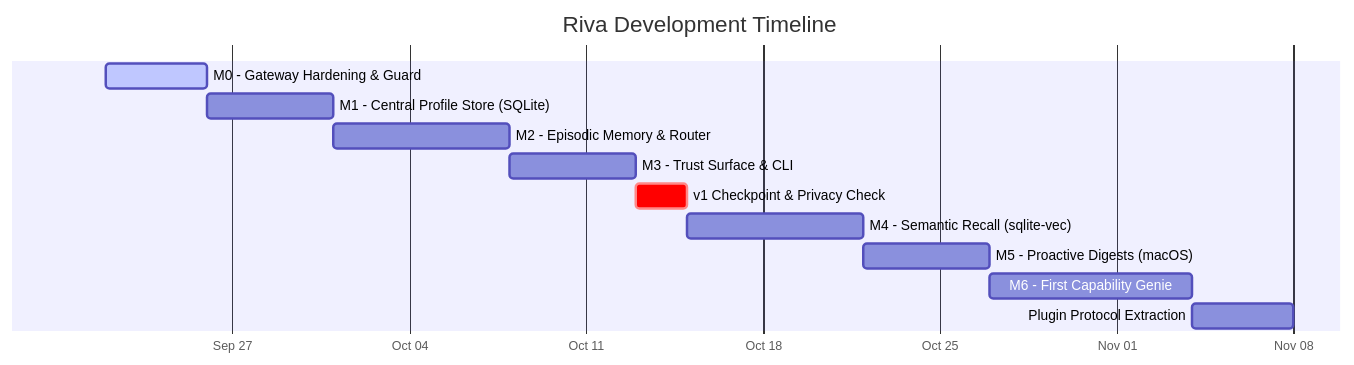
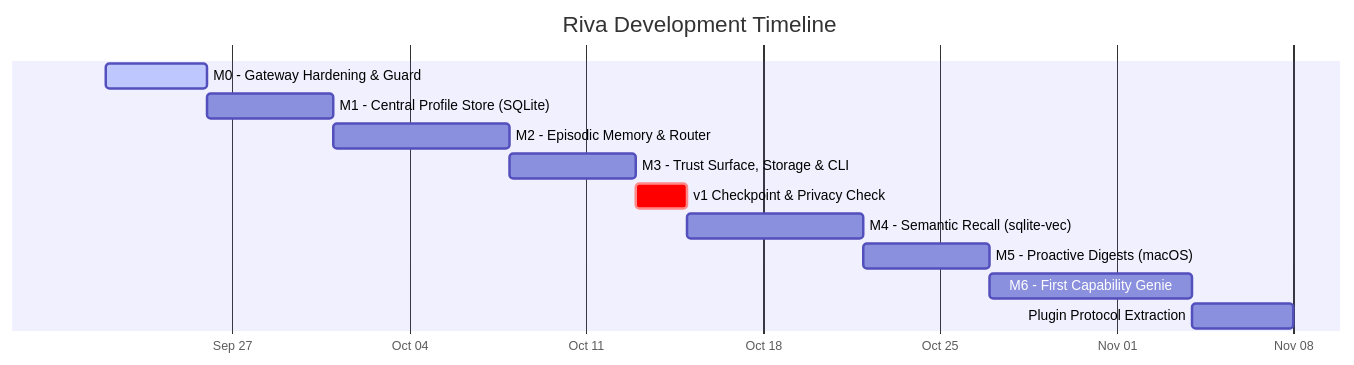
Before and after one commit to anirban-1009/riva: the diagram in docs/development-timeline.md, drawn with Mermaid. The commit also changed other lines of this file and 4 other files, not shown here.

Commit message:
docs: add documentation for laya-mlx compute bottlenecks and memory store evaluations, and update routing learnings and timeline

````diff
--- a/docs/development-timeline.md
+++ b/docs/development-timeline.md
@@ -11,16 +11,16 @@
 ```mermaid
 gantt
   title Riva Development Timeline
   dateFormat  YYYY-MM-DD
   axisFormat  %b %d
 
   M0 - Gateway Hardening & Guard              :active, m0, 2026-09-22, 4d
   M1 - Central Profile Store (SQLite)         :m1, after m0, 5d
   M2 - Episodic Memory & Router               :m2, after m1, 7d
-  M3 - Trust Surface & CLI                    :m3, after m2, 5d
+  M3 - Trust Surface, Storage & CLI           :m3, after m2, 5d
   v1 Checkpoint & Privacy Check               :crit, v1_done, after m3, 2d
   M4 - Semantic Recall (sqlite-vec)           :m4, after v1_done, 7d
   M5 - Proactive Digests (macOS)              :m5, after m4, 5d
   M6 - First Capability Genie                 :m6, after m5, 8d
   Plugin Protocol Extraction                  :m6_proto, after m6, 4d
 ```
````
